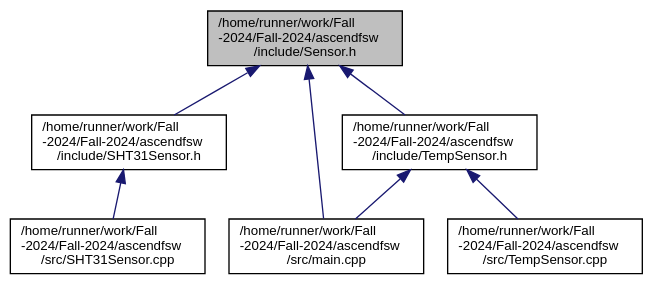
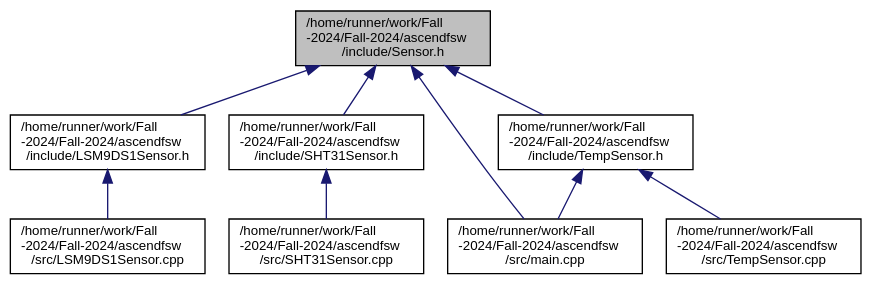
The diagram in docs/Sensor_8h__dep__incl.dot (ASU-ASCEND/Fall-2024), drawn with Graphviz before and after one commit. The commit also changed 56 other files, not shown here.

```diff
--- a/docs/Sensor_8h__dep__incl.dot
+++ b/docs/Sensor_8h__dep__incl.dot
@@ -1,20 +1,24 @@
 digraph "/home/runner/work/Fall-2024/Fall-2024/ascendfsw/include/Sensor.h"
 {
  // INTERACTIVE_SVG=YES
  // LATEX_PDF_SIZE
   bgcolor="transparent";
   edge [fontname="Helvetica",fontsize="10",labelfontname="Helvetica",labelfontsize="10"];
   node [fontname="Helvetica",fontsize="10",shape=record];
   Node1 [label="/home/runner/work/Fall\l-2024/Fall-2024/ascendfsw\l/include/Sensor.h",height=0.2,width=0.4,color="black", fillcolor="grey75", style="filled", fontcolor="black",tooltip=" "];
   Node1 -> Node2 [dir="back",color="midnightblue",fontsize="10",style="solid",fontname="Helvetica"];
-  Node2 [label="/home/runner/work/Fall\l-2024/Fall-2024/ascendfsw\l/include/SHT31Sensor.h",height=0.2,width=0.4,color="black",URL="$SHT31Sensor_8h.html",tooltip=" "];
+  Node2 [label="/home/runner/work/Fall\l-2024/Fall-2024/ascendfsw\l/include/LSM9DS1Sensor.h",height=0.2,width=0.4,color="black",URL="$LSM9DS1Sensor_8h.html",tooltip=" "];
   Node2 -> Node3 [dir="back",color="midnightblue",fontsize="10",style="solid",fontname="Helvetica"];
-  Node3 [label="/home/runner/work/Fall\l-2024/Fall-2024/ascendfsw\l/src/SHT31Sensor.cpp",height=0.2,width=0.4,color="black",URL="$SHT31Sensor_8cpp.html",tooltip=" "];
+  Node3 [label="/home/runner/work/Fall\l-2024/Fall-2024/ascendfsw\l/src/LSM9DS1Sensor.cpp",height=0.2,width=0.4,color="black",URL="$LSM9DS1Sensor_8cpp.html",tooltip=" "];
   Node1 -> Node4 [dir="back",color="midnightblue",fontsize="10",style="solid",fontname="Helvetica"];
-  Node4 [label="/home/runner/work/Fall\l-2024/Fall-2024/ascendfsw\l/include/TempSensor.h",height=0.2,width=0.4,color="black",URL="$TempSensor_8h.html",tooltip=" "];
+  Node4 [label="/home/runner/work/Fall\l-2024/Fall-2024/ascendfsw\l/include/SHT31Sensor.h",height=0.2,width=0.4,color="black",URL="$SHT31Sensor_8h.html",tooltip=" "];
   Node4 -> Node5 [dir="back",color="midnightblue",fontsize="10",style="solid",fontname="Helvetica"];
-  Node5 [label="/home/runner/work/Fall\l-2024/Fall-2024/ascendfsw\l/src/main.cpp",height=0.2,width=0.4,color="black",URL="$main_8cpp.html",tooltip=" "];
-  Node4 -> Node6 [dir="back",color="midnightblue",fontsize="10",style="solid",fontname="Helvetica"];
-  Node6 [label="/home/runner/work/Fall\l-2024/Fall-2024/ascendfsw\l/src/TempSensor.cpp",height=0.2,width=0.4,color="black",URL="$TempSensor_8cpp.html",tooltip=" "];
-  Node1 -> Node5 [dir="back",color="midnightblue",fontsize="10",style="solid",fontname="Helvetica"];
+  Node5 [label="/home/runner/work/Fall\l-2024/Fall-2024/ascendfsw\l/src/SHT31Sensor.cpp",height=0.2,width=0.4,color="black",URL="$SHT31Sensor_8cpp.html",tooltip=" "];
+  Node1 -> Node6 [dir="back",color="midnightblue",fontsize="10",style="solid",fontname="Helvetica"];
+  Node6 [label="/home/runner/work/Fall\l-2024/Fall-2024/ascendfsw\l/include/TempSensor.h",height=0.2,width=0.4,color="black",URL="$TempSensor_8h.html",tooltip=" "];
+  Node6 -> Node7 [dir="back",color="midnightblue",fontsize="10",style="solid",fontname="Helvetica"];
+  Node7 [label="/home/runner/work/Fall\l-2024/Fall-2024/ascendfsw\l/src/main.cpp",height=0.2,width=0.4,color="black",URL="$main_8cpp.html",tooltip=" "];
+  Node6 -> Node8 [dir="back",color="midnightblue",fontsize="10",style="solid",fontname="Helvetica"];
+  Node8 [label="/home/runner/work/Fall\l-2024/Fall-2024/ascendfsw\l/src/TempSensor.cpp",height=0.2,width=0.4,color="black",URL="$TempSensor_8cpp.html",tooltip=" "];
+  Node1 -> Node7 [dir="back",color="midnightblue",fontsize="10",style="solid",fontname="Helvetica"];
 }
```
